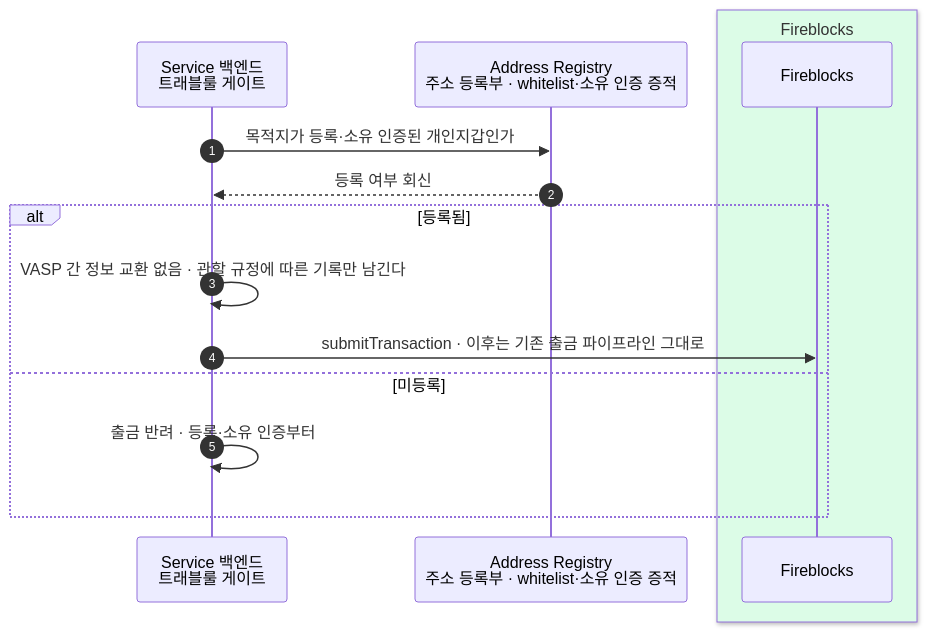
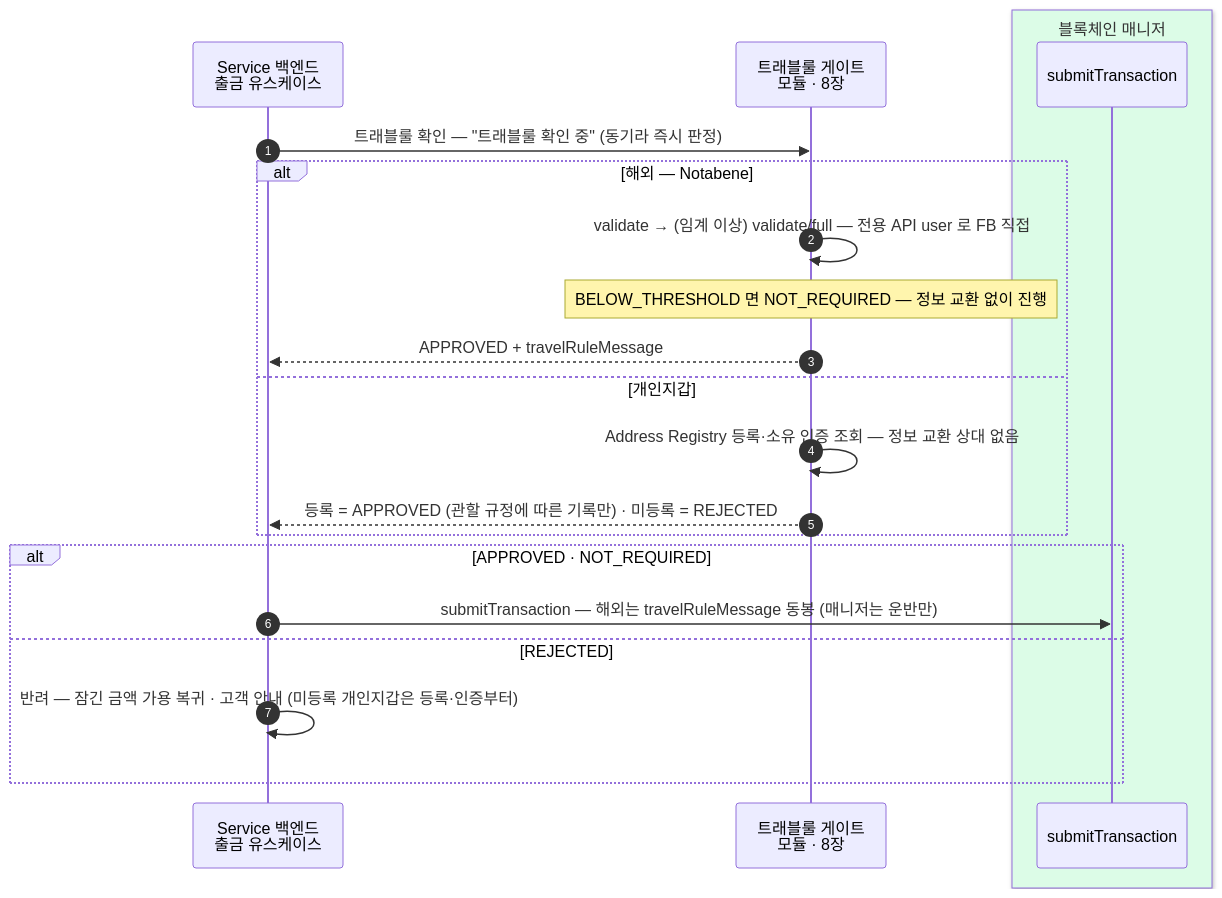
One commit to eunsujeo/eunpus changed the second of 4 diagrams in blockchain-manager/docs/트래블룰/설계/07-scenarios.md. Above: the diagram before and after it, drawn with Mermaid. The commit also changed other lines of this file and 33 other files, not shown here.

````diff
--- a/blockchain-manager/docs/트래블룰/설계/07-scenarios.md
+++ b/blockchain-manager/docs/트래블룰/설계/07-scenarios.md
@@ -77,18 +54,24 @@
 ```mermaid
 sequenceDiagram
     autonumber
-    participant BE as Service 백엔드<br/>트래블룰 게이트
-    participant WL as Address Registry<br/>주소 등록부 · whitelist·소유 인증 증적
-    box rgb(220,252,231) Fireblocks
-    participant FB as Fireblocks
+    participant BE as Service 백엔드<br/>출금 유스케이스
+    participant GT as 트래블룰 게이트<br/>모듈 · 8장
+    box rgb(220,252,231) 블록체인 매니저
+    participant BM as submitTransaction
     end
 
-    BE->>WL: 목적지가 등록·소유 인증된 개인지갑인가
-    WL-->>BE: 등록 여부 회신
-    alt 등록됨
-        BE->>BE: VASP 간 정보 교환 없음 · 관할 규정에 따른 기록만 남긴다
-        BE->>FB: submitTransaction · 이후는 기존 출금 파이프라인 그대로
-    else 미등록
-        BE->>BE: 출금 반려 · 등록·소유 인증부터
+    BE->>GT: 트래블룰 확인 — "트래블룰 확인 중" (동기라 즉시 판정)
+    alt 해외 — Notabene
+        GT->>GT: validate → (임계 이상) validate/full — 전용 API user 로 FB 직접
+        Note over GT: BELOW_THRESHOLD 면 NOT_REQUIRED — 정보 교환 없이 진행
+        GT-->>BE: APPROVED + travelRuleMessage
+    else 개인지갑
+        GT->>GT: Address Registry 등록·소유 인증 조회 — 정보 교환 상대 없음
+        GT-->>BE: 등록 = APPROVED (관할 규정에 따른 기록만) · 미등록 = REJECTED
+    end
+    alt APPROVED · NOT_REQUIRED
+        BE->>BM: submitTransaction — 해외는 travelRuleMessage 동봉 (매니저는 운반만)
+    else REJECTED
+        BE->>BE: 반려 — 잠긴 금액 가용 복귀 · 고객 안내 (미등록 개인지갑은 등록·인증부터)
     end
 ```
````
